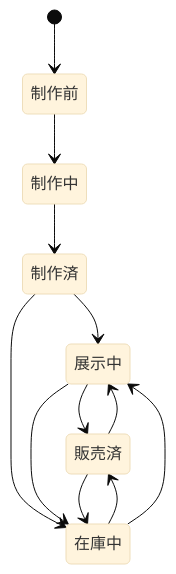
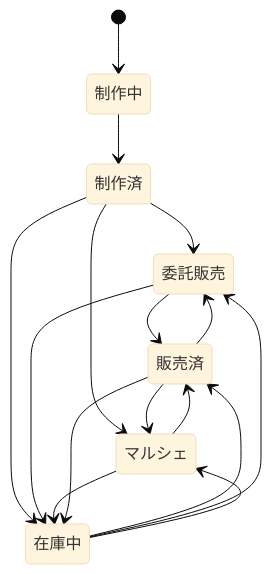
One commit to Cat5Dog2/Handmade_Item_Management changed the third of 5 diagrams in docs/basic_design.md. Above: the diagram before and after it, drawn with Mermaid (base theme). The commit also changed other lines of this file and 54 other files, not shown here.

````diff
--- a/docs/basic_design.md
+++ b/docs/basic_design.md
@@ -733,14 +733,18 @@
 ```mermaid
 stateDiagram-v2
-    [*] --> 制作前
-    制作前 --> 制作中
+    [*] --> 制作中
     制作中 --> 制作済
-    制作済 --> 展示中
+    制作済 --> 委託販売
+    制作済 --> マルシェ
     制作済 --> 在庫中
-    展示中 --> 販売済
+    委託販売 --> 販売済
+    マルシェ --> 販売済
     在庫中 --> 販売済
-    展示中 --> 在庫中
-    在庫中 --> 展示中
-    販売済 --> 展示中
+    委託販売 --> 在庫中
+    マルシェ --> 在庫中
+    在庫中 --> 委託販売
+    在庫中 --> マルシェ
+    販売済 --> 委託販売
+    販売済 --> マルシェ
     販売済 --> 在庫中
 ```
````
